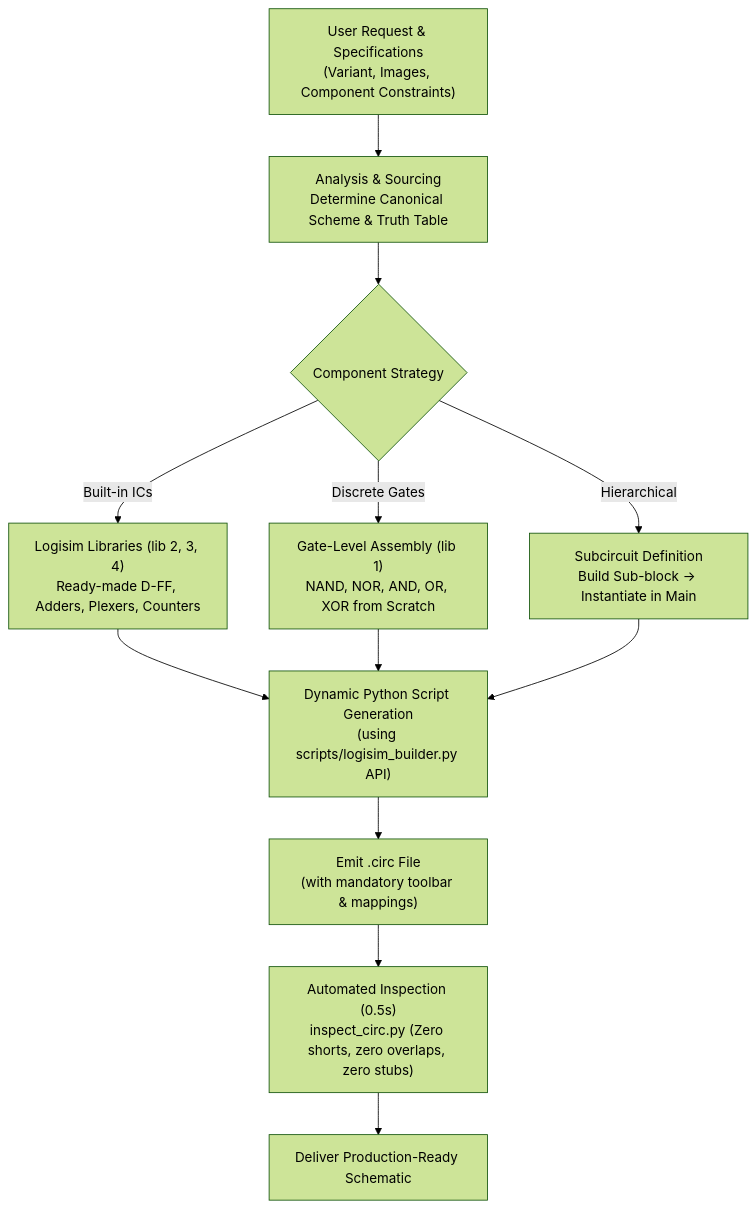
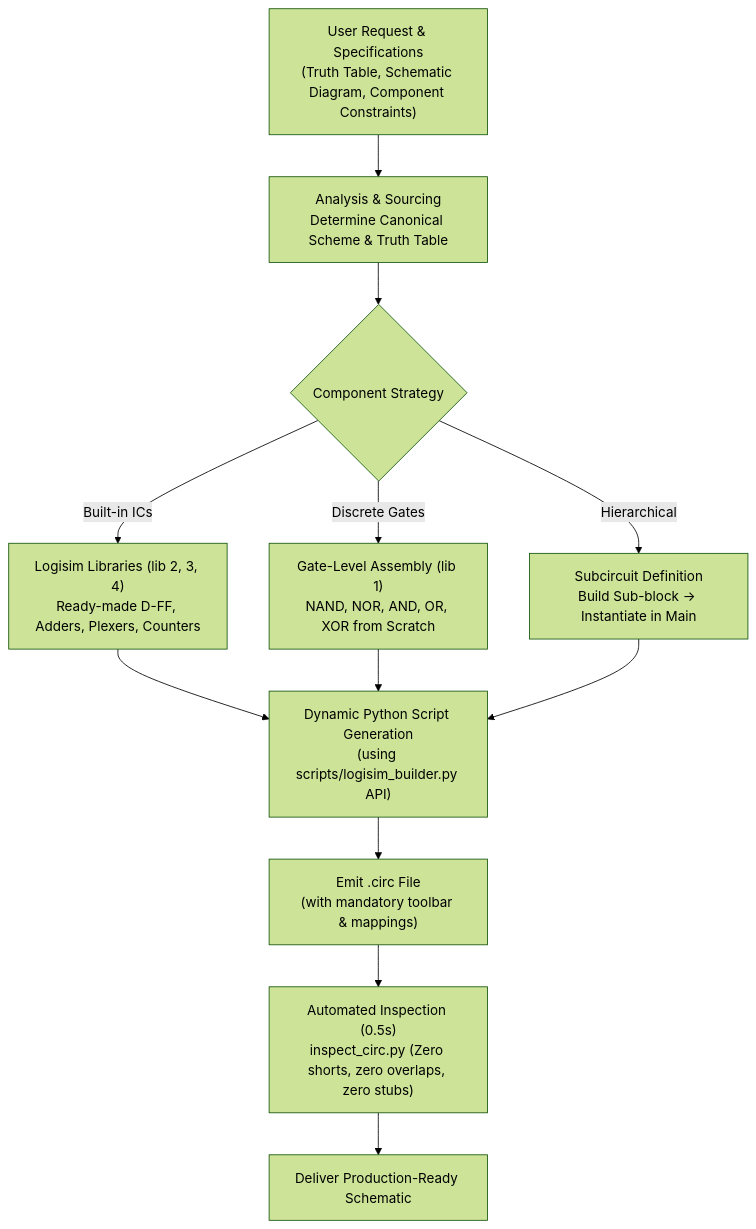
Before and after one commit to vnkdevelop/LogisimSkill: the diagram in SKILL.md, drawn with Mermaid (forest theme). The commit also changed other lines of this file and 4 other files, not shown here.

````diff
--- a/SKILL.md
+++ b/SKILL.md
@@ -18,17 +18,17 @@
 ```mermaid
 flowchart TD
-    Req["User Request & Specifications<br>(Variant, Images, Component Constraints)"] --> Analysis["Analysis & Sourcing<br>Determine Canonical Scheme & Truth Table"]
+    Req["User Request & Specifications<br>(Truth Table, Schematic Diagram, Component Constraints)"] --> Analysis["Analysis & Sourcing<br>Determine Canonical Scheme & Truth Table"]
     Analysis --> Strategy{"Component Strategy"}
     
     Strategy -->|"Built-in ICs"| Macro["Logisim Libraries (lib 2, 3, 4)<br>Ready-made D-FF, Adders, Plexers, Counters"]
     Strategy -->|"Discrete Gates"| Discrete["Gate-Level Assembly (lib 1)<br>NAND, NOR, AND, OR, XOR from Scratch"]
     Strategy -->|"Hierarchical"| Modular["Subcircuit Definition<br>Build Sub-block -> Instantiate in Main"]
     
     Macro --> ScriptGen["Dynamic Python Script Generation<br>(using scripts/logisim_builder.py API)"]
     Discrete --> ScriptGen
     Modular --> ScriptGen
     
     ScriptGen --> Save["Emit .circ File<br>(with mandatory toolbar & mappings)"]
     Save --> Audit["Automated Inspection (0.5s)<br>inspect_circ.py (Zero shorts, zero overlaps, zero stubs)"]
     Audit --> Delivery["Deliver Production-Ready Schematic"]
 ```
````
